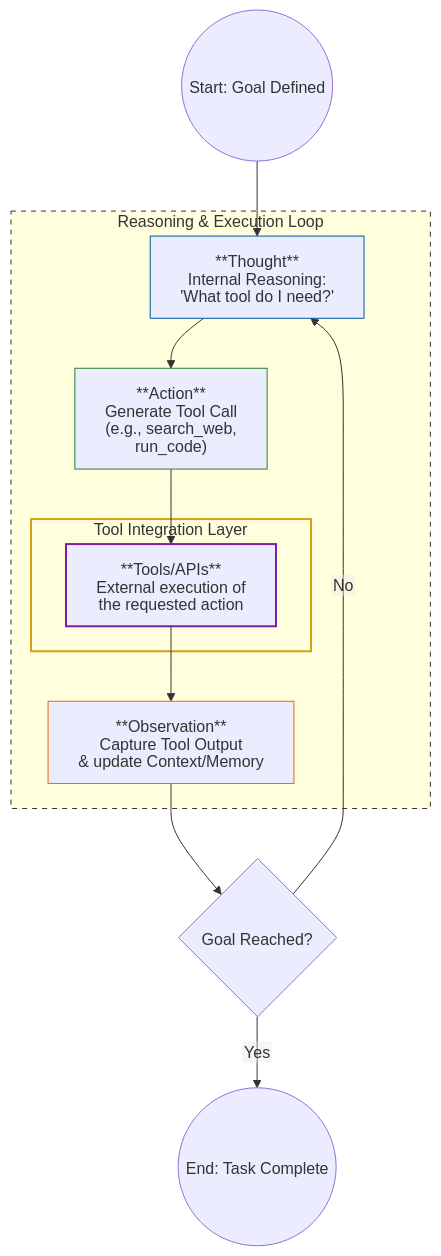
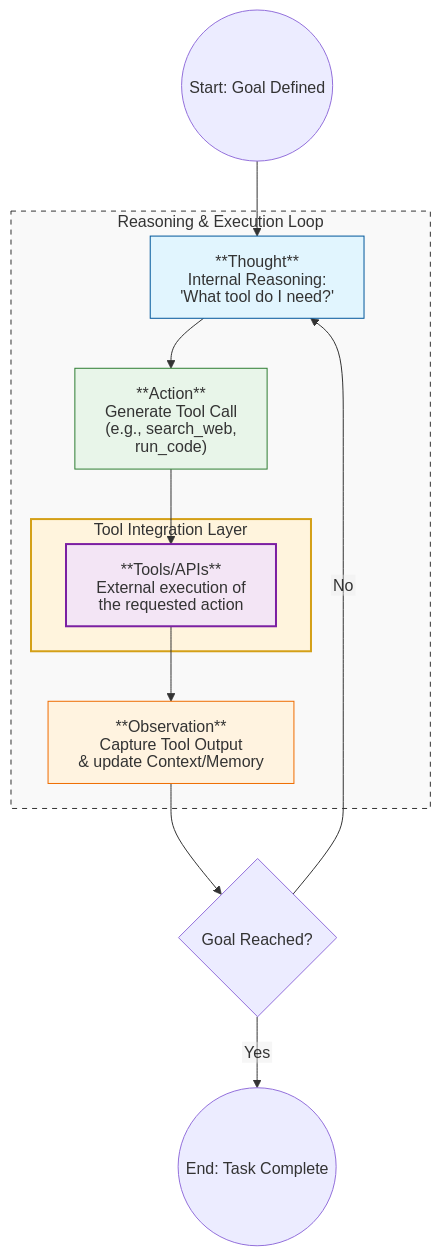
Before and after one commit to danielaotelea/VT1: the first of 3 diagrams in docs/phase-0-what-is-an-agent.md, drawn with Mermaid. The commit also changed other lines of this file, not shown here.

````diff
--- a/docs/phase-0-what-is-an-agent.md
+++ b/docs/phase-0-what-is-an-agent.md
@@ -32,31 +31,31 @@
 ```mermaid
 %%{init: {'securityLevel': 'loose', 'htmlLabels': false}}%%
 graph TD
     Start((Start: Goal Defined)) --> Thought
 
     subgraph ReAct_Loop [Reasoning & Execution Loop]
         Thought["**Thought**<br/>Internal Reasoning:<br/>'What tool do I need?'"] --> Action
         
         Action["**Action**<br/>Generate Tool Call<br/>(e.g., search_web, run_code)"] --> ToolEnv
         
         subgraph External_World [Tool Integration Layer]
             ToolEnv["**Tools/APIs**<br/>External execution of<br/>the requested action"]
         end
 
         ToolEnv --> Observation
         
         Observation["**Observation**<br/>Capture Tool Output<br/>& update Context/Memory"]
     end
 
     Observation --> Check{Goal Reached?}
     Check -- No --> Thought
     Check -- Yes --> End((End: Task Complete))
 
     %% Styling
-    style ReAct_Loop fill:#f9f9f,stroke:#333,stroke-dasharray: 5 5
-    style External_World fill:#fff4d,stroke:#d4a017,stroke-width:2px
-    style Thought fill:#e1f5f,stroke:#01579b
-    style Action fill:#e8f5e,stroke:#2e7d32
-    style Observation fill:#fff3e,stroke:#ef6c00
-    style ToolEnv fill:#f3e5f,stroke:#7b1fa2,stroke-width:2px
+    style ReAct_Loop fill:#f9f9f9,stroke:#333,stroke-dasharray: 5 5
+    style External_World fill:#fff4dd,stroke:#d4a017,stroke-width:2px
+    style Thought fill:#e1f5fe,stroke:#01579b
+    style Action fill:#e8f5e9,stroke:#2e7d32
+    style Observation fill:#fff3e0,stroke:#ef6c00
+    style ToolEnv fill:#f3e5f5,stroke:#7b1fa2,stroke-width:2px
 ```
````
